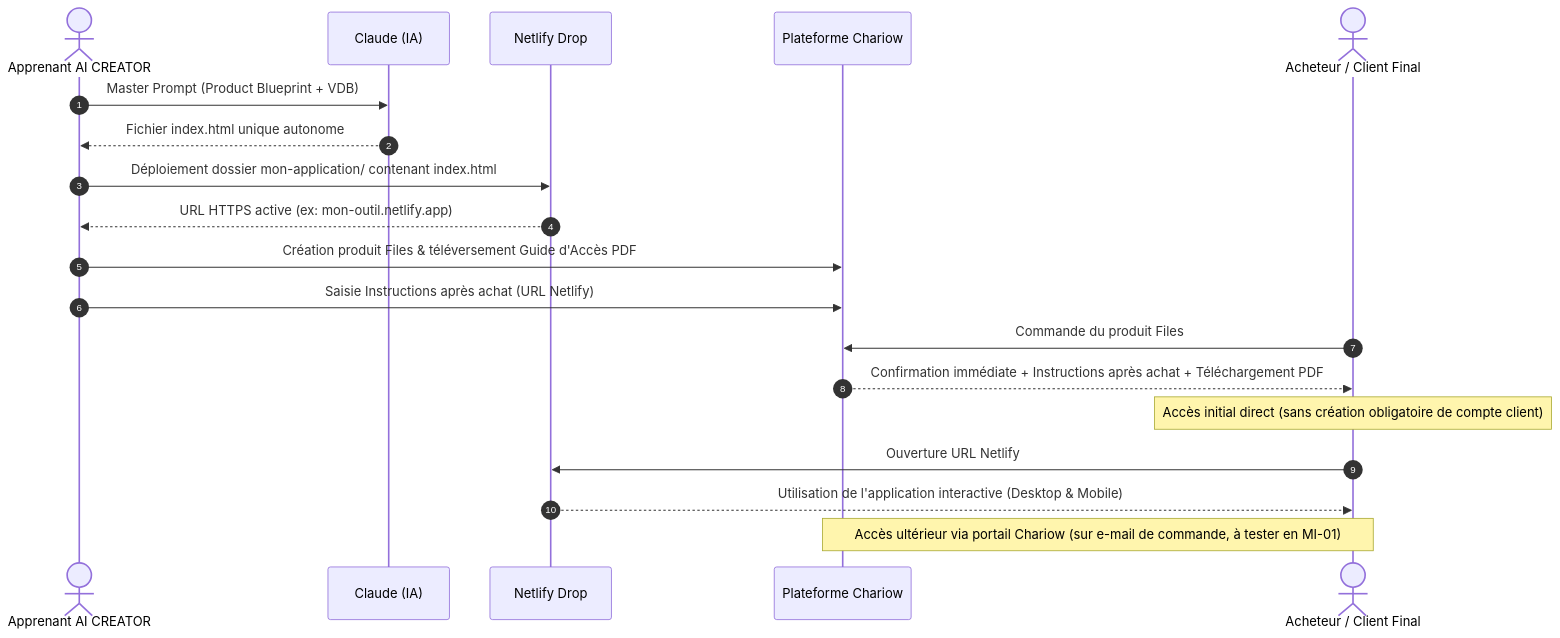
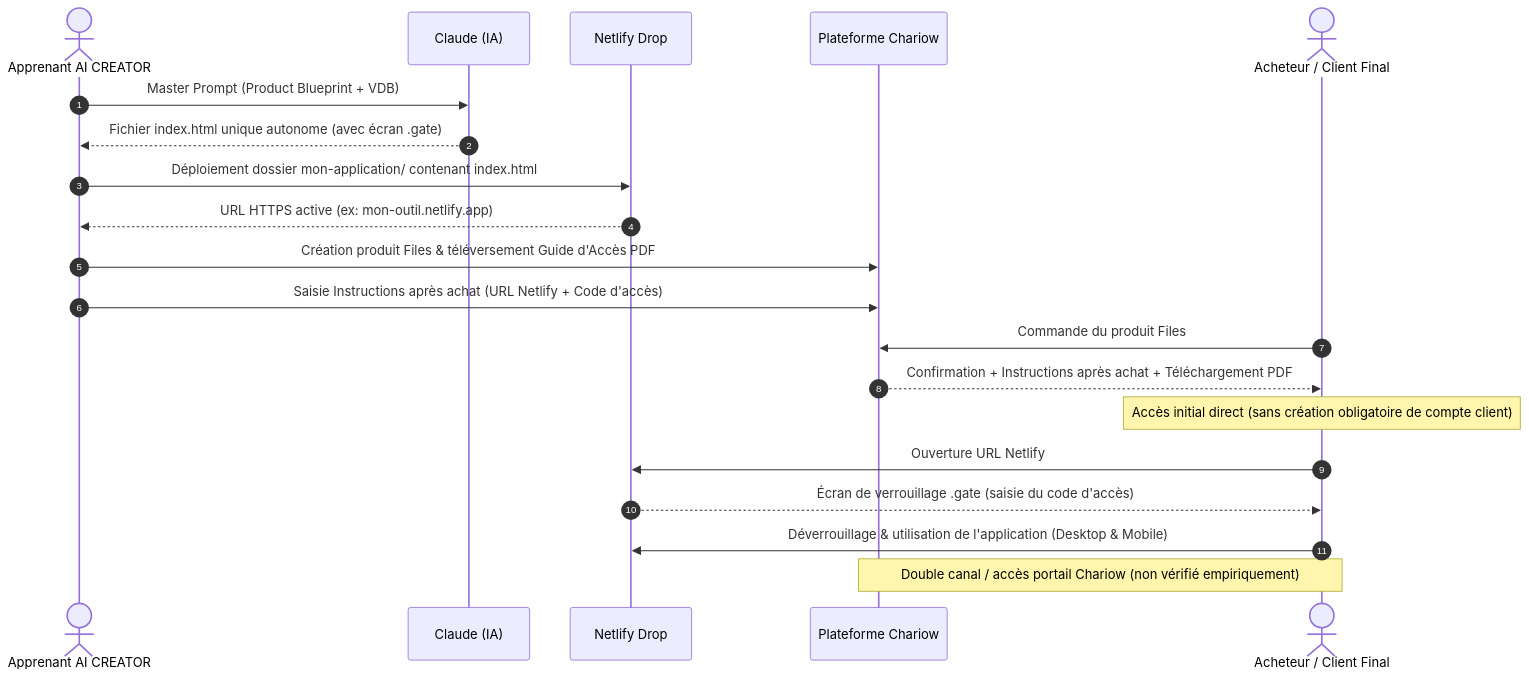
One commit to Kreesten-hsh/AI_CREATOR_STUDIO changed the seventh of 11 diagrams in docs/COURSE_PRD.md. Above: the diagram before and after it, drawn with Mermaid. The commit also changed other lines of this file and 29 other files, not shown here.

````diff
--- a/docs/COURSE_PRD.md
+++ b/docs/COURSE_PRD.md
@@ -734,22 +742,23 @@
 ```mermaid
 sequenceDiagram
     autonumber
     actor Apprenant as Apprenant AI CREATOR
     participant Claude as Claude (IA)
     participant Netlify as Netlify Drop
     participant Chariow as Plateforme Chariow
     actor ClientFinal as Acheteur / Client Final
 
     Apprenant->>Claude: Master Prompt (Product Blueprint + VDB)
-    Claude-->>Apprenant: Fichier index.html unique autonome
+    Claude-->>Apprenant: Fichier index.html unique autonome (avec écran .gate)
     Apprenant->>Netlify: Déploiement dossier mon-application/ contenant index.html
     Netlify-->>Apprenant: URL HTTPS active (ex: mon-outil.netlify.app)
     Apprenant->>Chariow: Création produit Files & téléversement Guide d'Accès PDF
-    Apprenant->>Chariow: Saisie Instructions après achat (URL Netlify)
+    Apprenant->>Chariow: Saisie Instructions après achat (URL Netlify + Code d'accès)
     ClientFinal->>Chariow: Commande du produit Files
-    Chariow-->>ClientFinal: Confirmation immédiate + Instructions après achat + Téléchargement PDF
+    Chariow-->>ClientFinal: Confirmation + Instructions après achat + Téléchargement PDF
     Note over ClientFinal: Accès initial direct (sans création obligatoire de compte client)
     ClientFinal->>Netlify: Ouverture URL Netlify
-    Netlify-->>ClientFinal: Utilisation de l'application interactive (Desktop & Mobile)
-    Note over ClientFinal,Chariow: Accès ultérieur via portail Chariow (sur e-mail de commande, à tester en MI-01)
+    Netlify-->>ClientFinal: Écran de verrouillage .gate (saisie du code d'accès)
+    ClientFinal->>Netlify: Déverrouillage & utilisation de l'application (Desktop & Mobile)
+    Note over ClientFinal,Chariow: Double canal / accès portail Chariow (non vérifié empiriquement)
 ```
````
